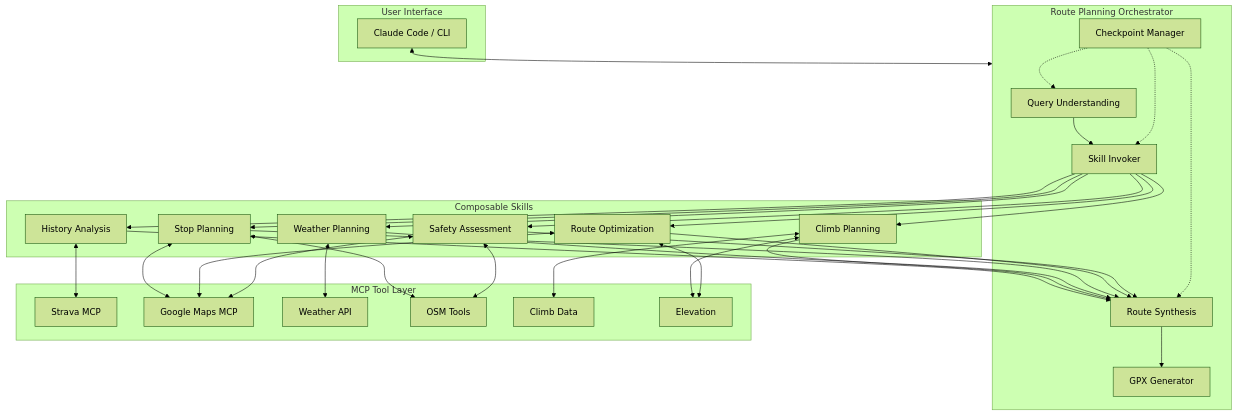
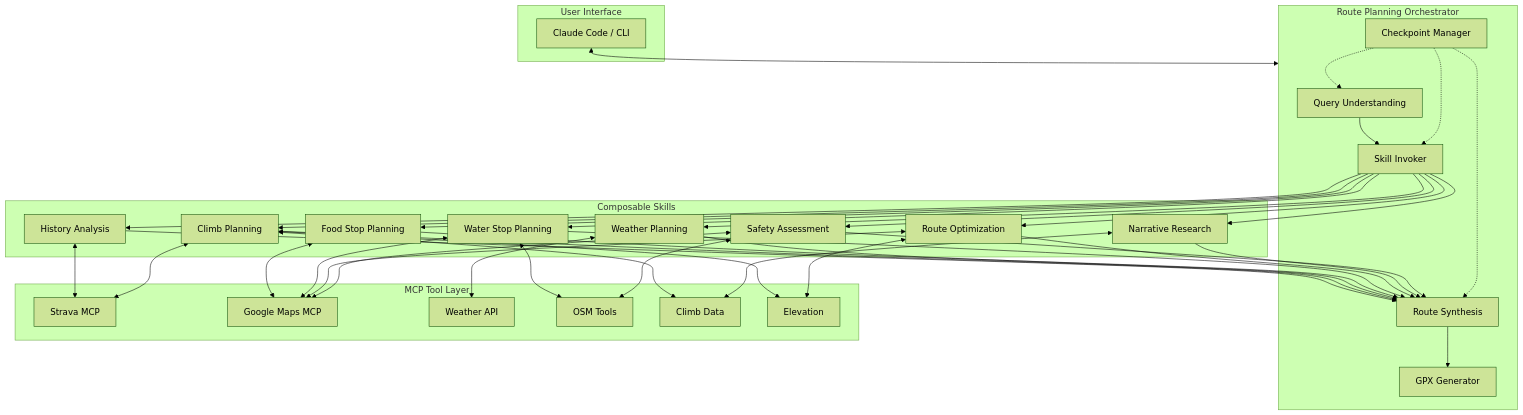
Before and after one commit to bendrucker/route-agent: the first of 6 diagrams in docs/architecture.md, drawn with Mermaid (forest theme). The commit also changed other lines of this file and 2 other files, not shown here.

Commit message:
Add cross-links between docs and update diagrams for 8 skills
- skills.md: Add inline links to tools.md for each tool reference
- tools.md: Add "Used by" sections linking to skills that use each tool
- architecture.md: Update main diagram to show all 8 skills
  (Food/Water separate, add Narrative Research)
- architecture.md: Update context management table to match all skills

````diff
--- a/docs/architecture.md
+++ b/docs/architecture.md
@@ -7,48 +7,52 @@
 ```mermaid
 flowchart TB
     subgraph User["User Interface"]
         CC[Claude Code / CLI]
     end
 
     subgraph Orchestrator["Route Planning Orchestrator"]
         QU[Query Understanding]
         SI[Skill Invoker]
         CP[Checkpoint Manager]
         RS[Route Synthesis]
         GPX[GPX Generator]
     end
 
     subgraph Skills["Composable Skills"]
         S1[History Analysis]
         S2[Climb Planning]
         S3[Weather Planning]
-        S4[Stop Planning]
-        S5[Route Optimization]
-        S6[Safety Assessment]
+        S4[Food Stop Planning]
+        S5[Water Stop Planning]
+        S6[Route Optimization]
+        S7[Narrative Research]
+        S8[Safety Assessment]
     end
 
     subgraph Tools["MCP Tool Layer"]
         T1[Strava MCP]
         T2[Google Maps MCP]
         T3[Weather API]
         T4[OSM Tools]
         T5[Climb Data]
         T6[Elevation]
     end
 
     CC <--> Orchestrator
     QU --> SI
-    SI --> S1 & S2 & S3 & S4 & S5 & S6
-    S1 & S2 & S3 & S4 & S5 & S6 --> RS
+    SI --> S1 & S2 & S3 & S4 & S5 & S6 & S7 & S8
+    S1 & S2 & S3 & S4 & S5 & S6 & S7 & S8 --> RS
     RS --> GPX
     CP -.-> QU
     CP -.-> SI
     CP -.-> RS
 
     S1 <--> T1
-    S2 <--> T5 & T6
+    S2 <--> T5 & T6 & T1
     S3 <--> T3
-    S4 <--> T2 & T4
-    S5 <--> T2 & T6
-    S6 <--> T2 & T4
+    S4 <--> T2
+    S5 <--> T2 & T4
+    S6 <--> T2 & T6
+    S7 <--> T5
+    S8 <--> T2 & T4
 ```
````
